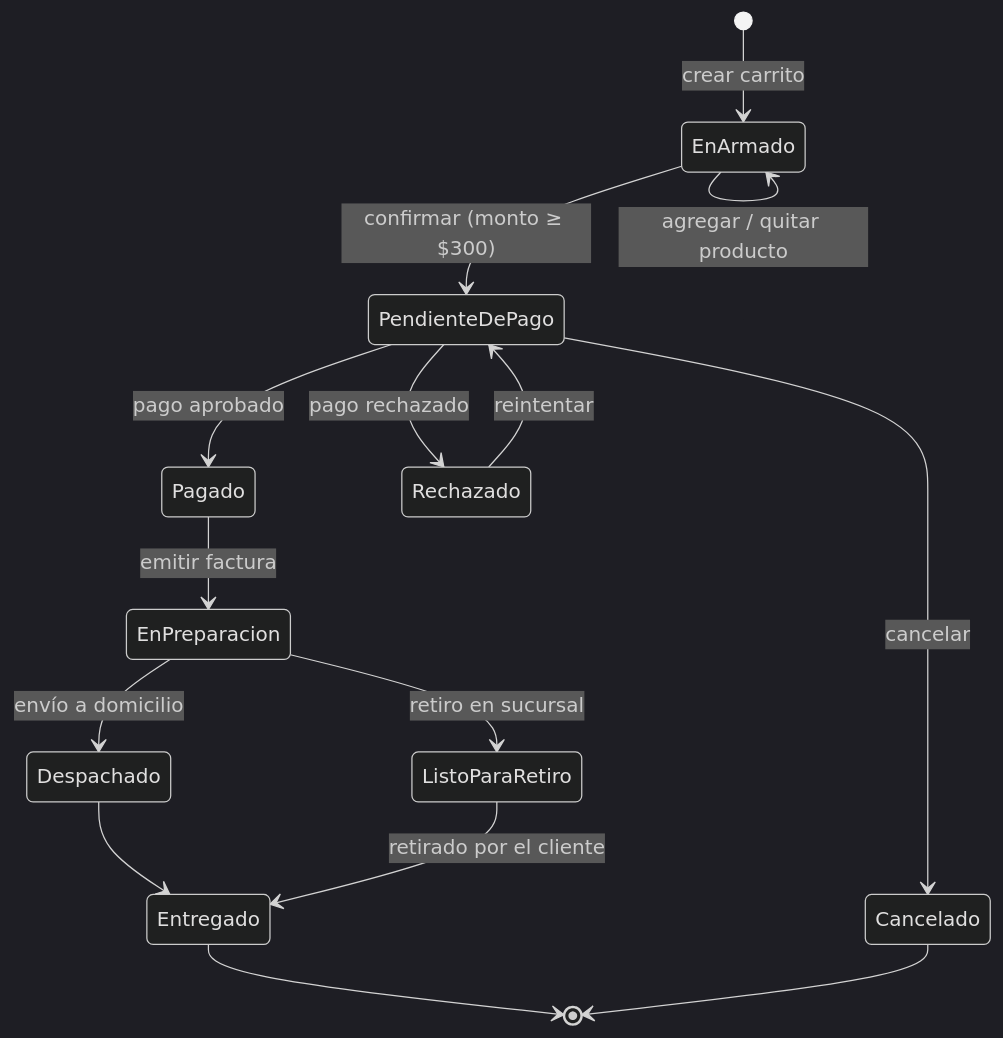
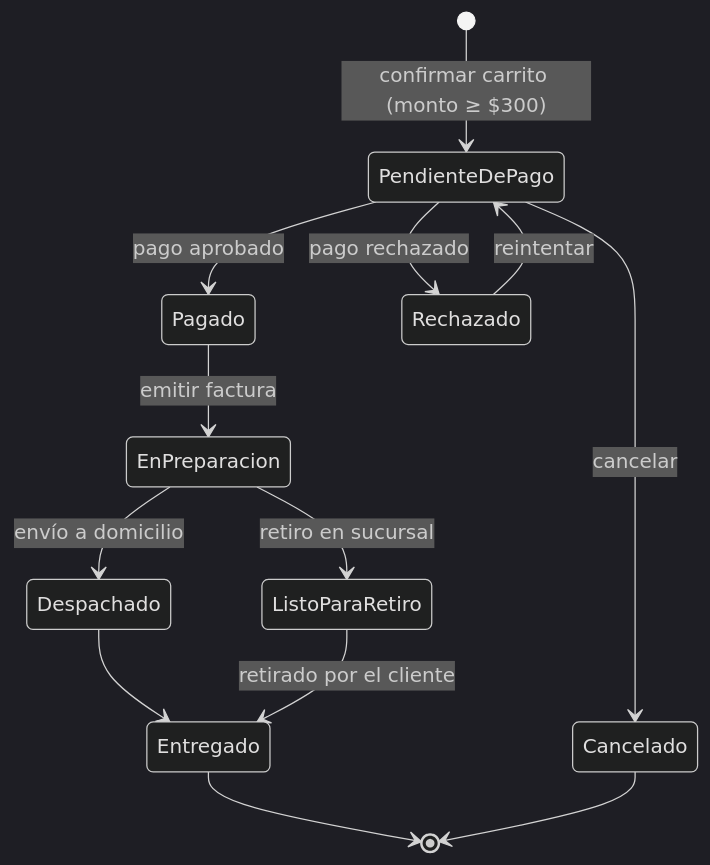
Before and after one commit to unlam-informatica/diseno-de-software: the fourth of 6 diagrams in practicas/practica-1.md, drawn with Mermaid. The commit also changed other lines of this file and 2 other files, not shown here.

````diff
--- a/practicas/practica-1.md
+++ b/practicas/practica-1.md
@@ -306,18 +336,16 @@
 ```mermaid
 %%{init: {'theme':'dark'}}%%
 stateDiagram-v2
-    [*] --> EnArmado : crear carrito
-    EnArmado --> EnArmado : agregar / quitar producto
-    EnArmado --> PendienteDePago : confirmar (monto ≥ $300)
+    [*] --> PendienteDePago : confirmar carrito (monto ≥ $300)
     PendienteDePago --> Pagado : pago aprobado
     PendienteDePago --> Rechazado : pago rechazado
     Rechazado --> PendienteDePago : reintentar
     PendienteDePago --> Cancelado : cancelar
     Pagado --> EnPreparacion : emitir factura
     EnPreparacion --> Despachado : envío a domicilio
     EnPreparacion --> ListoParaRetiro : retiro en sucursal
     Despachado --> Entregado
     ListoParaRetiro --> Entregado : retirado por el cliente
     Entregado --> [*]
     Cancelado --> [*]
 ```
````
